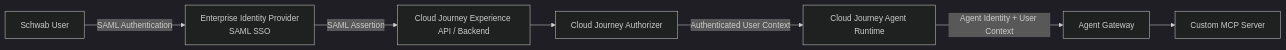
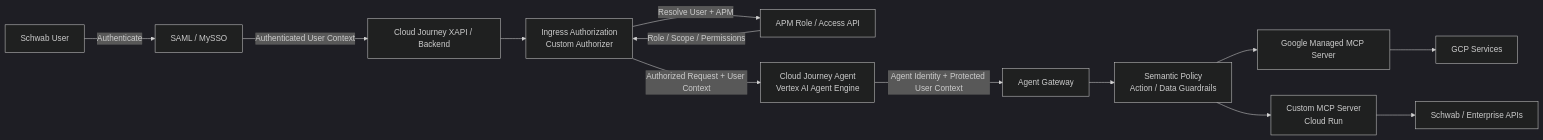
One commit to scarr0625/diagrams changed the diagram in auth_governance/overall_flow.mermaid. Above: the diagram before and after it, drawn with Mermaid (dark theme).

Commit message:
fix: update overall authentication flow

```diff
--- a/auth_governance/overall_flow.mermaid
+++ b/auth_governance/overall_flow.mermaid
@@ -1,27 +1,26 @@
-flowchart LR
-
-    USER[Schwab User]
-
-    IDP[Enterprise Identity Provider<br/>SAML SSO]
-
-    XAPI[Cloud Journey Experience API / Backend]
-
-    AUTHZ[Cloud Journey Authorizer]
-
-    AGENT[Cloud Journey Agent Runtime]
-
-    GW[Agent Gateway]
-
-    MCP[Custom MCP Server]
-
-    USER -->|SAML Authentication| IDP
-
-    IDP -->|SAML Assertion| XAPI
-
-    XAPI --> AUTHZ
-
-    AUTHZ -->|Authenticated User Context| AGENT
-
-    AGENT -->|Agent Identity + User Context| GW
-
-    GW --> MCP
+flowchart LR 
+    U[Schwab User] 
+    SSO[SAML / MySSO] 
+    XAPI[Cloud Journey XAPI / Backend] 
+    AUTHZ[Ingress Authorization<br/>Custom Authorizer] 
+    APM[APM Role / Access API] 
+    AGENT[Cloud Journey Agent<br/>Vertex AI Agent Engine] 
+    GW[Agent Gateway] 
+    SP[Semantic Policy<br/>Action / Data Guardrails] 
+    GMCP[Google Managed MCP Server] 
+    CMCP[Custom MCP Server<br/>Cloud Run] 
+    GCP[GCP Services] 
+    ENT[Schwab / Enterprise APIs] 
+    
+    U -->|Authenticate| SSO 
+    SSO -->|Authenticated User Context| XAPI 
+    XAPI --> AUTHZ 
+    AUTHZ -->|Resolve User + APM| APM 
+    APM -->|Role / Scope / Permissions| AUTHZ 
+    AUTHZ -->|Authorized Request + User Context| AGENT 
+    AGENT -->|Agent Identity + Protected User Context| GW 
+    GW --> SP 
+    SP --> GMCP 
+    SP --> CMCP 
+    GMCP --> GCP 
+    CMCP --> ENT
```
